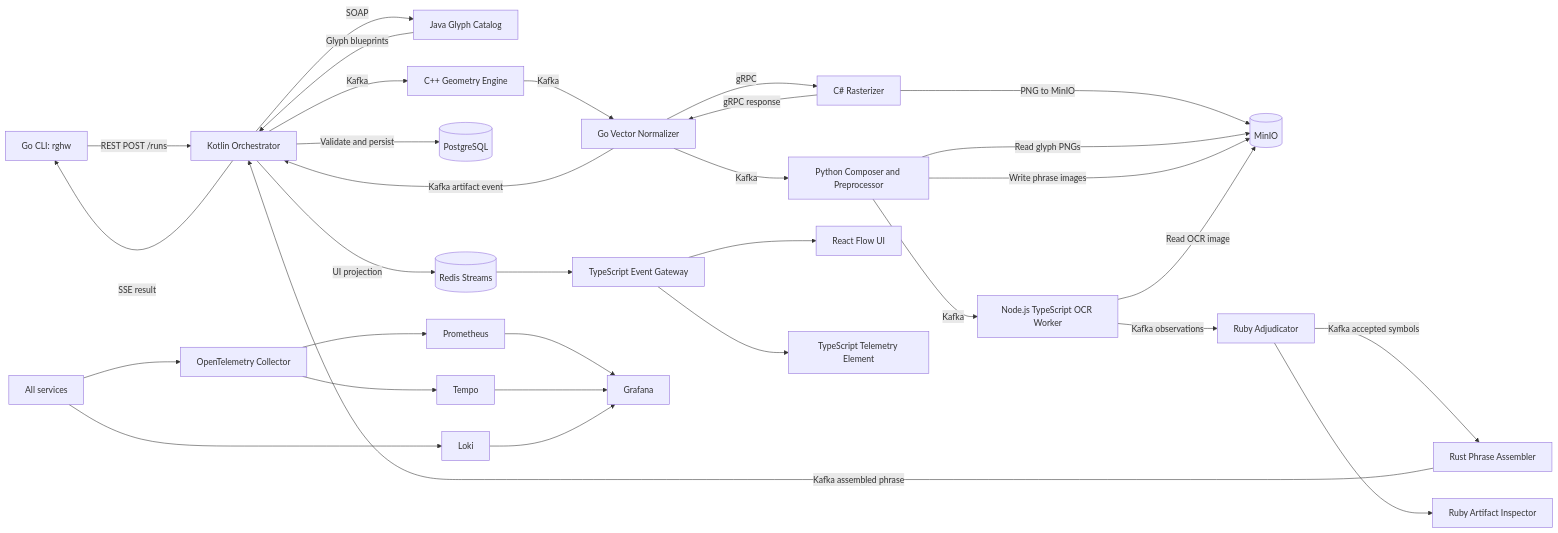
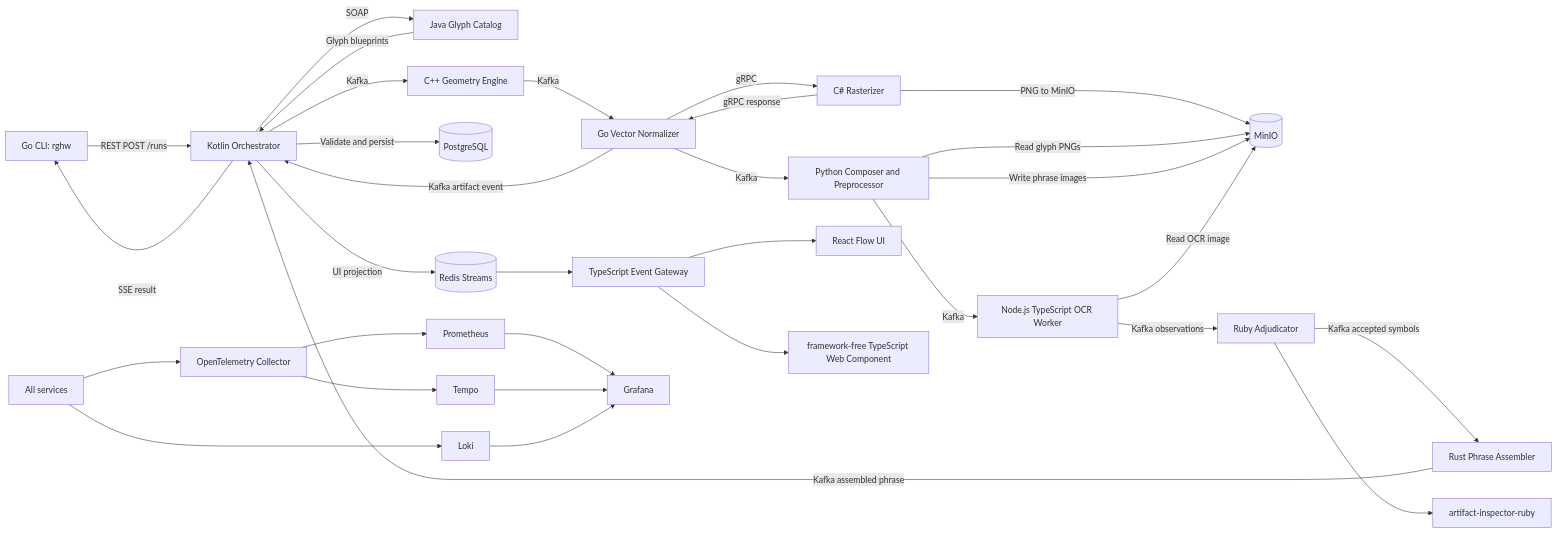
Before and after one commit to HyperVon/rg-helloworld: the first of 2 diagrams in docs/architecture.md, drawn with Mermaid. The commit also changed other lines of this file and 8 other files, not shown here.

First line of the commit message:
docs: reconcile status, architecture, and guidance with implemented milestones

````diff
--- a/docs/architecture.md
+++ b/docs/architecture.md
@@ -223,42 +223,42 @@
 ```mermaid
 flowchart LR
     CLI[Go CLI: rghw] -->|REST POST /runs| ORCH[Kotlin Orchestrator]
 
     ORCH -->|SOAP| CATALOG[Java Glyph Catalog]
     CATALOG -->|Glyph blueprints| ORCH
 
     ORCH -->|Kafka| CPP[C++ Geometry Engine]
     CPP -->|Kafka| NORM[Go Vector Normalizer]
     NORM -->|gRPC| DOTNET[C# Rasterizer]
     NORM -->|Kafka artifact event| ORCH
 
     DOTNET -->|PNG to MinIO| MINIO[(MinIO)]
     DOTNET -->|gRPC response| NORM
     NORM -->|Kafka| PY[Python Composer and Preprocessor]
 
     PY -->|Read glyph PNGs| MINIO
     PY -->|Write phrase images| MINIO
     PY -->|Kafka| OCR[Node.js TypeScript OCR Worker]
 
     OCR -->|Read OCR image| MINIO
     OCR -->|Kafka observations| RUBY[Ruby Adjudicator]
     RUBY -->|Kafka accepted symbols| RUST[Rust Phrase Assembler]
     RUST -->|Kafka assembled phrase| ORCH
 
     ORCH -->|Validate and persist| PG[(PostgreSQL)]
     ORCH -->|UI projection| REDIS[(Redis Streams)]
     ORCH -->|SSE result| CLI
 
     REDIS --> GATEWAY[TypeScript Event Gateway]
     GATEWAY --> REACT[React Flow UI]
-    GATEWAY --> ANGULAR[TypeScript Telemetry Element]
-    RUBY --> HTMX[Ruby Artifact Inspector]
+    GATEWAY --> TELEMETRY[framework-free TypeScript Web Component]
+    RUBY --> ARTINSPECT[artifact-inspector-ruby]
 
     SERVICES[All services] --> OTEL[OpenTelemetry Collector]
     OTEL --> PROM[Prometheus]
     OTEL --> TEMPO[Tempo]
     SERVICES --> LOKI[Loki]
     PROM --> GRAFANA[Grafana]
     TEMPO --> GRAFANA
     LOKI --> GRAFANA
 ```
````
